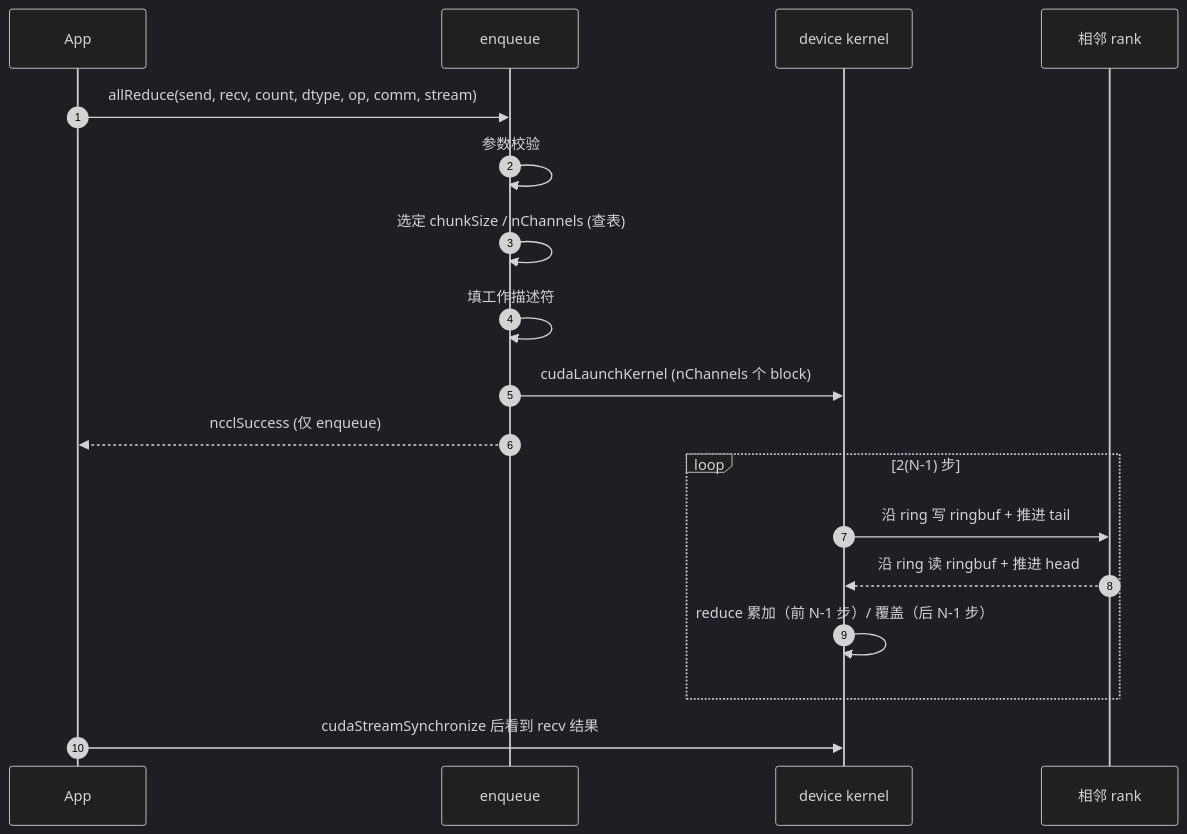
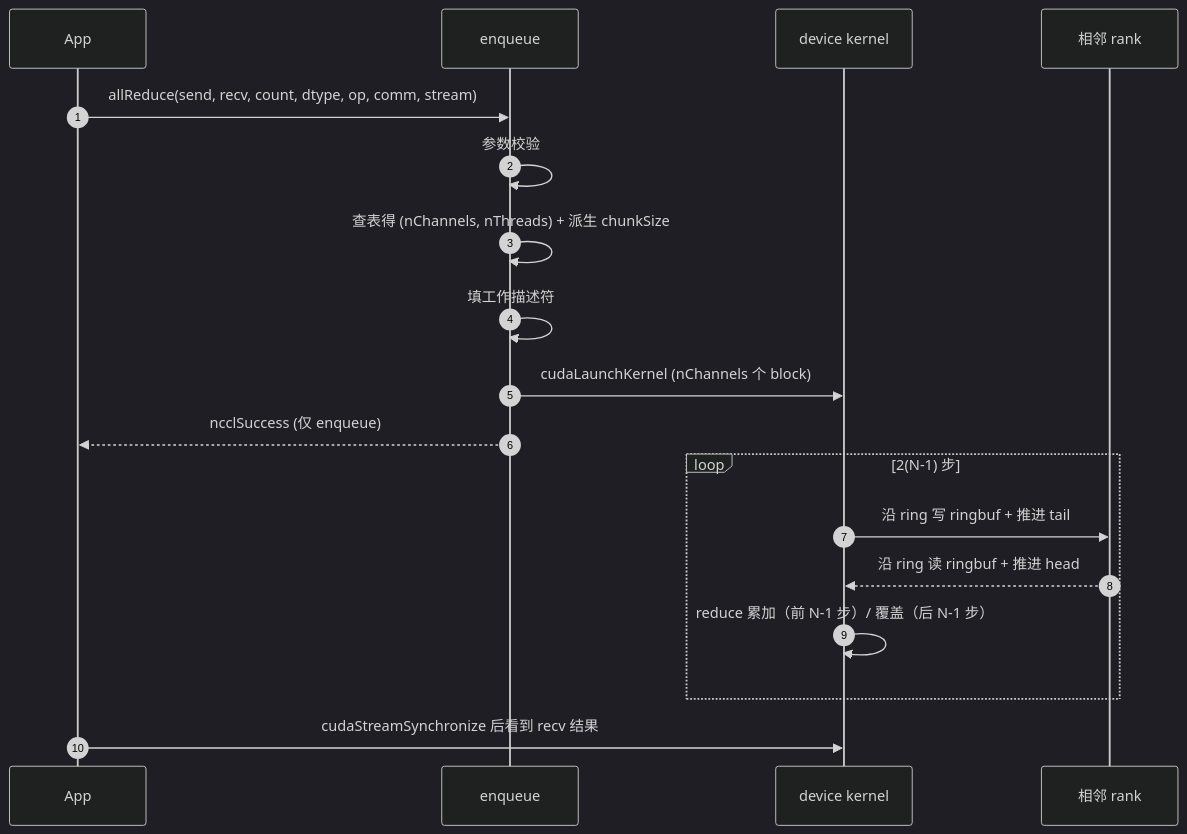
One commit to AaronYang238/nccl_doc changed the fifth of 6 diagrams in allreduce-outline-design-v1.0/allreduce-outline-design-v1.0.md. Above: the diagram before and after it, drawn with Mermaid (dark theme). The commit also changed other lines of this file and 4 other files, not shown here.

````diff
--- a/allreduce-outline-design-v1.0/allreduce-outline-design-v1.0.md
+++ b/allreduce-outline-design-v1.0/allreduce-outline-design-v1.0.md
@@ -584,23 +624,23 @@
 ```mermaid
 sequenceDiagram
   autonumber
   participant App
   participant Sched as enqueue
   participant Kern as device kernel
   participant Peer as 相邻 rank
 
   App->>Sched: allReduce(send, recv, count, dtype, op, comm, stream)
   Sched->>Sched: 参数校验
-  Sched->>Sched: 选定 chunkSize / nChannels (查表)
+  Sched->>Sched: 查表得 (nChannels, nThreads) + 派生 chunkSize
   Sched->>Sched: 填工作描述符
   Sched->>Kern: cudaLaunchKernel (nChannels 个 block)
   Sched-->>App: ncclSuccess (仅 enqueue)
 
   loop 2(N-1) 步
     Kern->>Peer: 沿 ring 写 ringbuf + 推进 tail
     Peer-->>Kern: 沿 ring 读 ringbuf + 推进 head
     Kern->>Kern: reduce 累加（前 N-1 步）/ 覆盖（后 N-1 步）
   end
 
   App->>Kern: cudaStreamSynchronize 后看到 recv 结果
 ```
````
